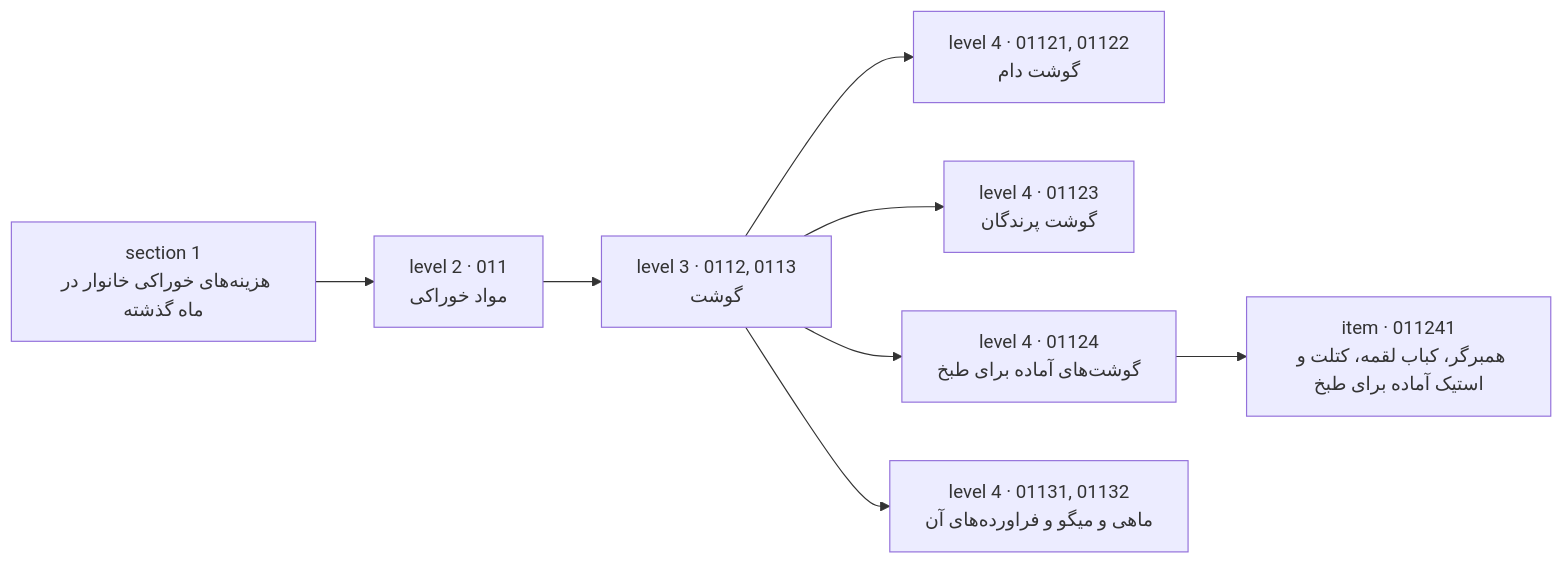
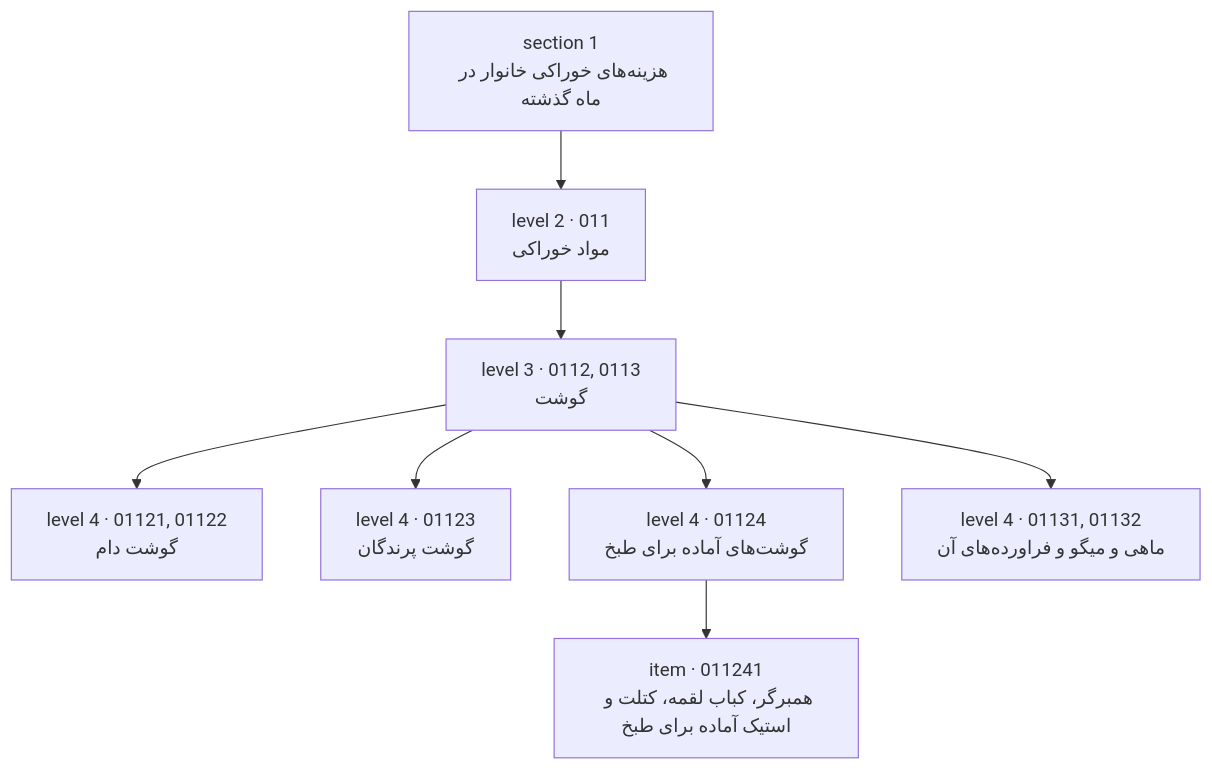
One commit to Open-Data-for-Iran/HIESIR-Codebook changed the third of 4 diagrams in docs/methods.md. Above: the diagram before and after it, drawn with Mermaid. The commit also changed other lines of this file and 13 other files, not shown here.

````diff
--- a/docs/methods.md
+++ b/docs/methods.md
@@ -429,10 +429,10 @@
 ```mermaid
-flowchart LR
+flowchart TB
   s["section 1<br>هزینه‌های خوراکی خانوار در ماه گذشته"] --> l2["level 2 · 011<br>مواد خوراکی"]
   l2 --> l3["level 3 · 0112, 0113<br>گوشت"]
   l3 --> l4a["level 4 · 01121, 01122<br>گوشت دام"]
   l3 --> l4b["level 4 · 01123<br>گوشت پرندگان"]
   l3 --> l4c["level 4 · 01124<br>گوشت‌های آماده برای طبخ"]
   l3 --> l4d["level 4 · 01131, 01132<br>ماهی و میگو و فراورده‌های آن"]
   l4c --> i["item · 011241<br>همبرگر، کباب لقمه، کتلت و استیک آماده برای طبخ"]
 ```
````
